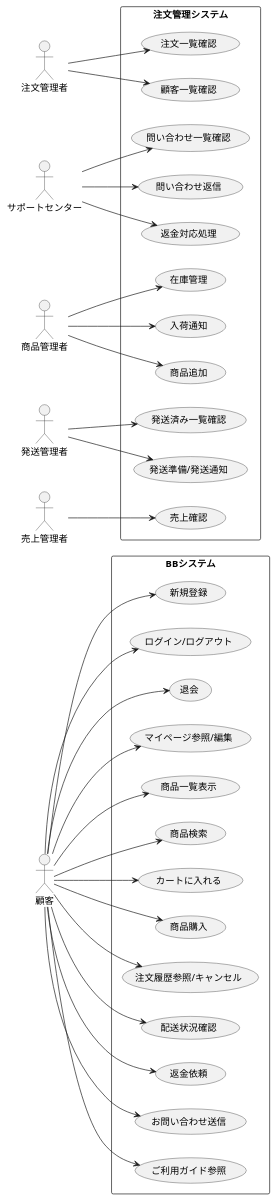
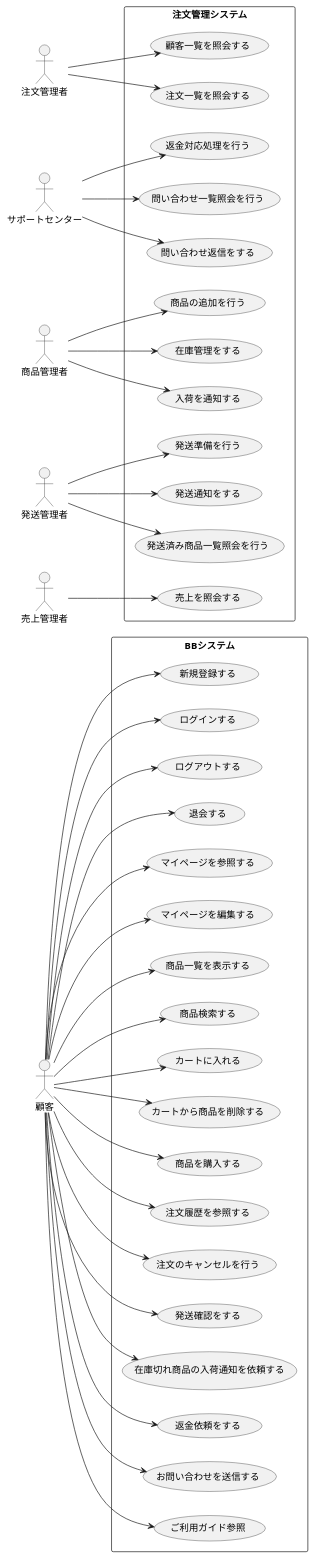
Before and after one commit to kTaiga1016/kouka: the diagram in usecase.pu, drawn with PlantUML.

Commit message:
訂正済みuscase

```diff
--- a/usecase.pu
+++ b/usecase.pu
@@ -1,84 +1,96 @@
 @startuml  
 left to right direction
 
 actor Customer as "顧客"
 actor Ordermanager as "注文管理者"
 actor Sportcenter as "サポートセンター"
 actor Inventorymanager as "商品管理者"
 actor Shipmanager as "発送管理者"
 actor Salesmanager as "売上管理者"
 
 
 rectangle "BBシステム" {
-  (新規登録) as UC1
-  (ログイン/ログアウト) as UC2
-  (退会) as UC3
-  (マイページ参照/編集) as UC4
-  (商品一覧表示) as UC5
-  (商品検索) as UC6
+  (新規登録する) as UC1
+  (ログインする) as UC2
+  (ログアウトする) as UC28
+  (退会する) as UC3
+  (マイページを参照する) as UC4
+  (マイページを編集する) as UC26
+  (商品一覧を表示する) as UC5
+  (商品検索する) as UC6
   (カートに入れる) as UC7
-  (商品購入) as UC8
-  (注文履歴参照/キャンセル) as UC9
-  (配送状況確認) as UC10
-  (返金依頼) as UC12
+  (カートから商品を削除する) as UC29
+  (商品を購入する) as UC8
+  (注文履歴を参照する) as UC9
+  (注文のキャンセルを行う) as UC27
+  (発送確認をする) as UC10
+  (在庫切れ商品の入荷通知を依頼する) as UC25
+  (返金依頼をする) as UC12
   
-  (お問い合わせ送信) as UC11
+  (お問い合わせを送信する) as UC11
   (ご利用ガイド参照) as UC13
 } 
 
 
 rectangle "注文管理システム" {
-  (顧客一覧確認) as UC14
-  (注文一覧確認) as UC15
+  (顧客一覧を照会する) as UC14
+  (注文一覧を照会する) as UC15
 
-  (発送準備/発送通知) as UC16
-  (発送済み一覧確認) as UC17
+  (発送準備を行う) as UC16
+  (発送通知をする) as UC30
+  (発送済み商品一覧照会を行う) as UC17
 
-  (返金対応処理) as UC18
-  (問い合わせ一覧確認) as UC19
-  (問い合わせ返信) as UC20
+  (返金対応処理を行う) as UC18
+  (問い合わせ一覧照会を行う) as UC19
+  (問い合わせ返信をする) as UC20
   
-  (商品追加) as UC21
-  (在庫管理) as UC22
-  (入荷通知) as UC23
+  (商品の追加を行う) as UC21
+  (在庫管理をする) as UC22
+  (入荷を通知する) as UC23
 
-  (売上確認) as UC24
+  (売上を照会する) as UC24
 }
 
 
 
 Customer --> UC1
 Customer --> UC2
+Customer --> UC28
 Customer --> UC3
 Customer --> UC4
+Customer --> UC26
 Customer --> UC5
 Customer --> UC6
 Customer --> UC7
+Customer --> UC29
 Customer --> UC8
 Customer --> UC9
+Customer --> UC27
 Customer --> UC10
+Customer --> UC25
 Customer --> UC12
 Customer --> UC11
 Customer --> UC13
 
 
 Ordermanager --> UC14
 Ordermanager --> UC15
 
 Shipmanager --> UC16
+Shipmanager --> UC30
 Shipmanager --> UC17
 
 Sportcenter --> UC18
 Sportcenter --> UC19
 Sportcenter --> UC20
 
 Inventorymanager--> UC21
 Inventorymanager --> UC22
 Inventorymanager--> UC23
 
 
 Salesmanager --> UC24
 
 
 
 @enduml
```
